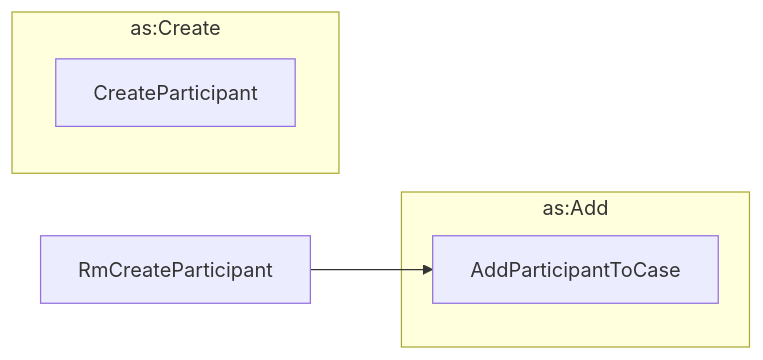
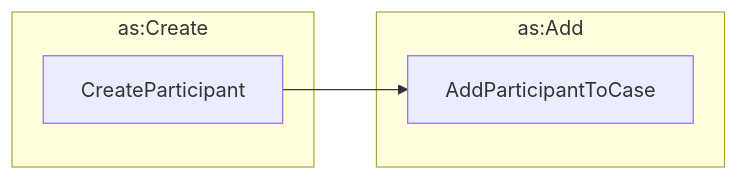
The diagram in docs/howto/activitypub/activities/initialize_participant.md (ahouseholder/Vultron), drawn with Mermaid before and after one commit. The commit also changed other lines of this file and 6 other files, not shown here.

````diff
--- a/docs/howto/activitypub/activities/initialize_participant.md
+++ b/docs/howto/activitypub/activities/initialize_participant.md
@@ -3,10 +23,10 @@
 ```mermaid
 flowchart LR
     subgraph as:Create
         CreateParticipant
     end
     subgraph as:Add
         AddParticipantToCase
     end
-    RmCreateParticipant --> AddParticipantToCase
+    CreateParticipant --> AddParticipantToCase
 ```
````
